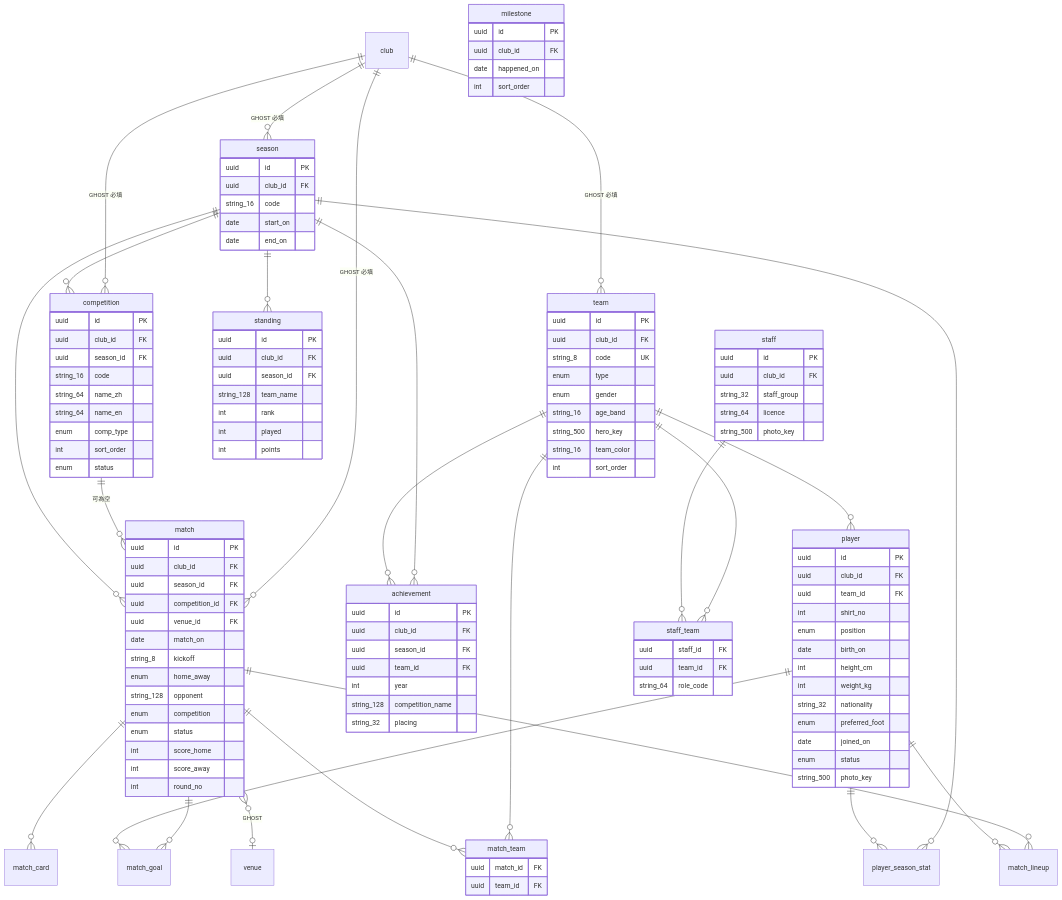
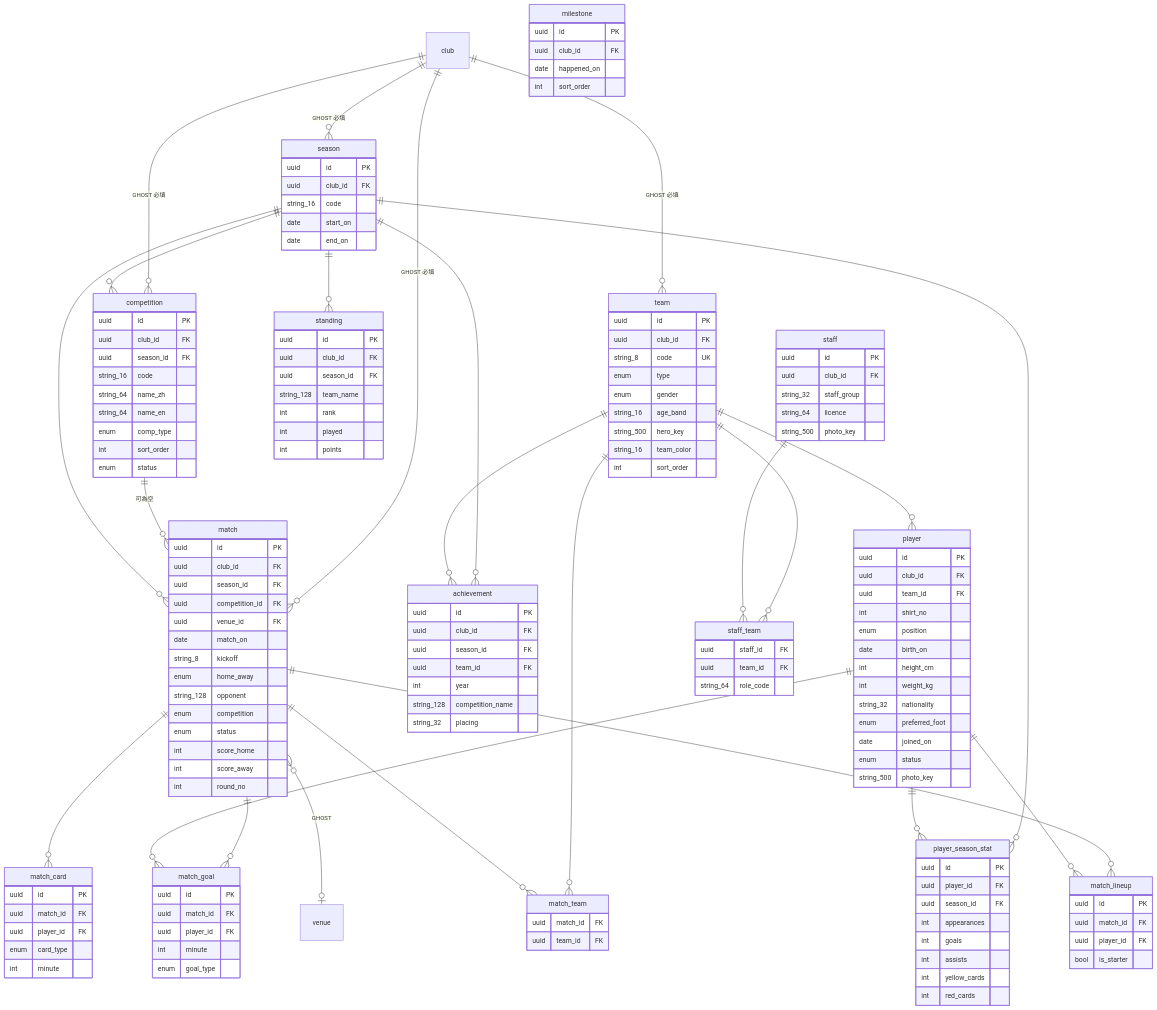
Before and after one commit to waiting0201/tcrfc: the third of 16 diagrams in docs/12a-database-erd.md, drawn with Mermaid. The commit also changed other lines of this file and 1 other file, not shown here.

Commit message:
feat: S0-3d 第 2 批——補上 6 張整表無欄位定義的屬性方塊
PlayerSeasonStat：appearances / goals / assists / yellow_cards /
red_cards（行 1055「出賽、進球、助攻、黃紅牌」）
MatchGoal：match_id / player_id / minute / goal_type
MatchCard：match_id / player_id / card_type / minute
MatchLineup：match_id / player_id / is_starter
Venue：lat / lng / photo_key / sort_order（名稱、地址、交通說明已在
docs/12c 的 venue_i18n），行 1187
InvoiceDonationCode：code / org_name / is_active / sort_order，行 1429

ERD 實體方塊由 99 增為 105，全部配對，16 個 mermaid 區塊完整。

S0-3d 結案，43 筆缺漏全部補完。S0-6a 由「作廢」改為「待重產」——ERD 已
補完，DDL 可以重產了。

```diff
--- a/docs/12a-database-erd.md
+++ b/docs/12a-database-erd.md
@@ -216,6 +216,36 @@
     string_500 hero_key
     string_16 team_color
     int sort_order
+  }
+  player_season_stat {
+    uuid id PK
+    uuid player_id FK
+    uuid season_id FK
+    int appearances
+    int goals
+    int assists
+    int yellow_cards
+    int red_cards
+  }
+  match_goal {
+    uuid id PK
+    uuid match_id FK
+    uuid player_id FK
+    int minute
+    enum goal_type
+  }
+  match_card {
+    uuid id PK
+    uuid match_id FK
+    uuid player_id FK
+    enum card_type
+    int minute
+  }
+  match_lineup {
+    uuid id PK
+    uuid match_id FK
+    uuid player_id FK
+    bool is_starter
   }
   player {
     uuid id PK
```
